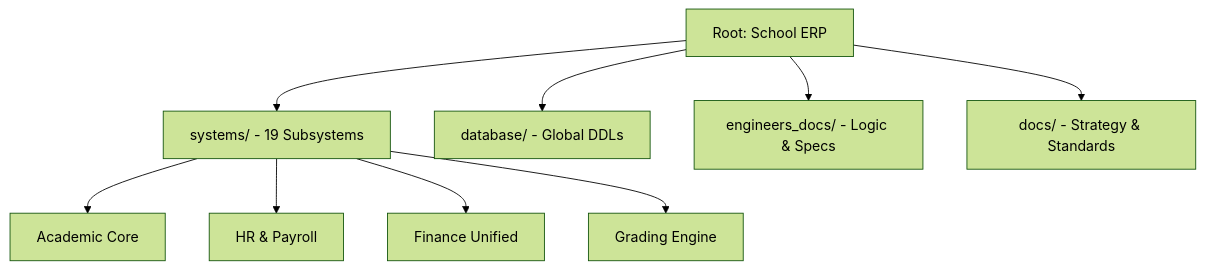
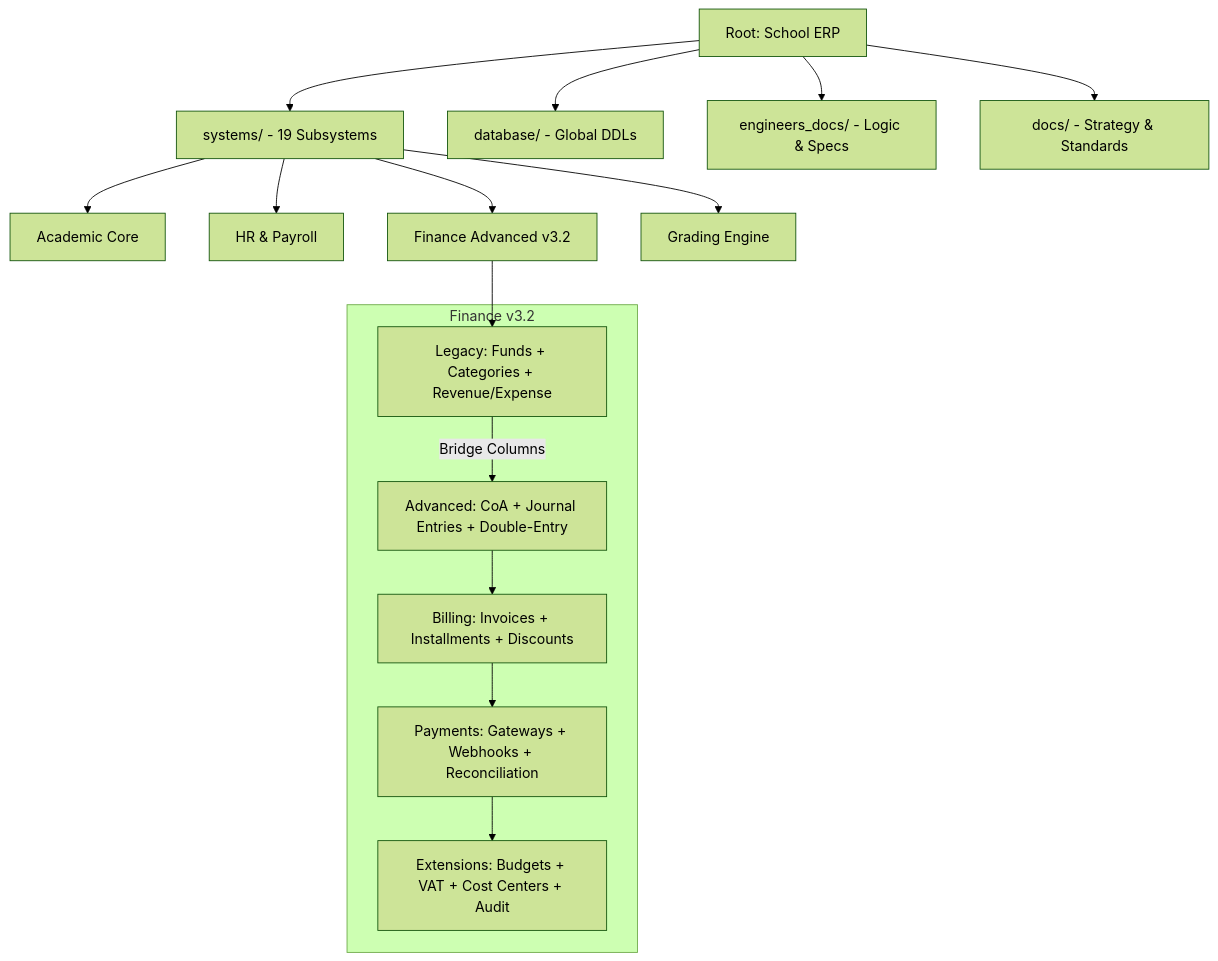
The first of 2 diagrams in README.md (mosaa65/school-erp-docs), drawn with Mermaid (forest theme) before and after one commit. The commit also changed other lines of this file, not shown here.

First line of the commit message:
docs: update README with advanced finance system v3.2 details

````diff
--- a/README.md
+++ b/README.md
@@ -28,11 +31,25 @@
 ```mermaid
 graph TD
     A[Root: School ERP] --> B[systems/ - 19 Subsystems]
     A --> C[database/ - Global DDLs]
     A --> D[engineers_docs/ - Logic & Specs]
     A --> E[docs/ - Strategy & Standards]
     B --> B1[Academic Core]
     B --> B2[HR & Payroll]
-    B --> B3[Finance Unified]
+    B --> B3[Finance Advanced v3.2]
     B --> B4[Grading Engine]
+
+    subgraph Finance v3.2
+        F1[Legacy: Funds + Categories + Revenue/Expense]
+        F2[Advanced: CoA + Journal Entries + Double-Entry]
+        F3[Billing: Invoices + Installments + Discounts]
+        F4[Payments: Gateways + Webhooks + Reconciliation]
+        F5[Extensions: Budgets + VAT + Cost Centers + Audit]
+        F1 -->|Bridge Columns| F2
+        F2 --> F3
+        F3 --> F4
+        F4 --> F5
+    end
+
+    B3 --> F1
 ```
````
